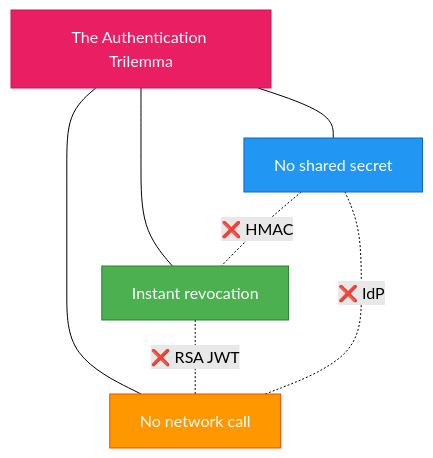
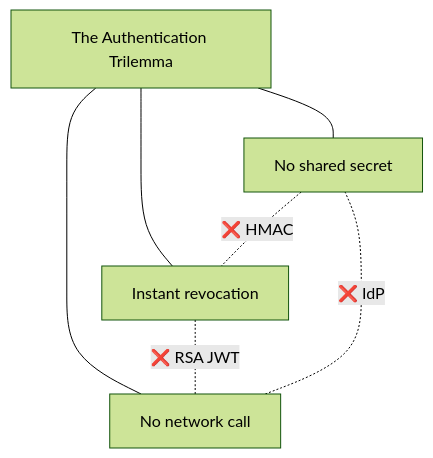
Before and after one commit to cyfko/veridot: the first of 7 diagrams in docs/docs/learn/the-problem.md, drawn with Mermaid (forest theme). The commit also changed other lines of this file and 25 other files, not shown here.

First line of the commit message:
style: remove colorful fill styles from Mermaid diagrams

````diff
--- a/docs/docs/learn/the-problem.md
+++ b/docs/docs/learn/the-problem.md
@@ -27,20 +27,16 @@
 ```mermaid
 graph TD
     T["The Authentication Trilemma"]
     A["No shared secret"]
     B["Instant revocation"]
     C["No network call"]
 
     T --- A
     T --- B
     T --- C
 
     A -.-|"❌ HMAC"| B
     B -.-|"❌ RSA JWT"| C
     C -.-|"❌ IdP"| A
 
-    style T fill:#e91e63,color:#fff,stroke:#c2185b
-    style A fill:#2196f3,color:#fff,stroke:#1565c0
-    style B fill:#4caf50,color:#fff,stroke:#2e7d32
-    style C fill:#ff9800,color:#fff,stroke:#e65100
 ```
````
